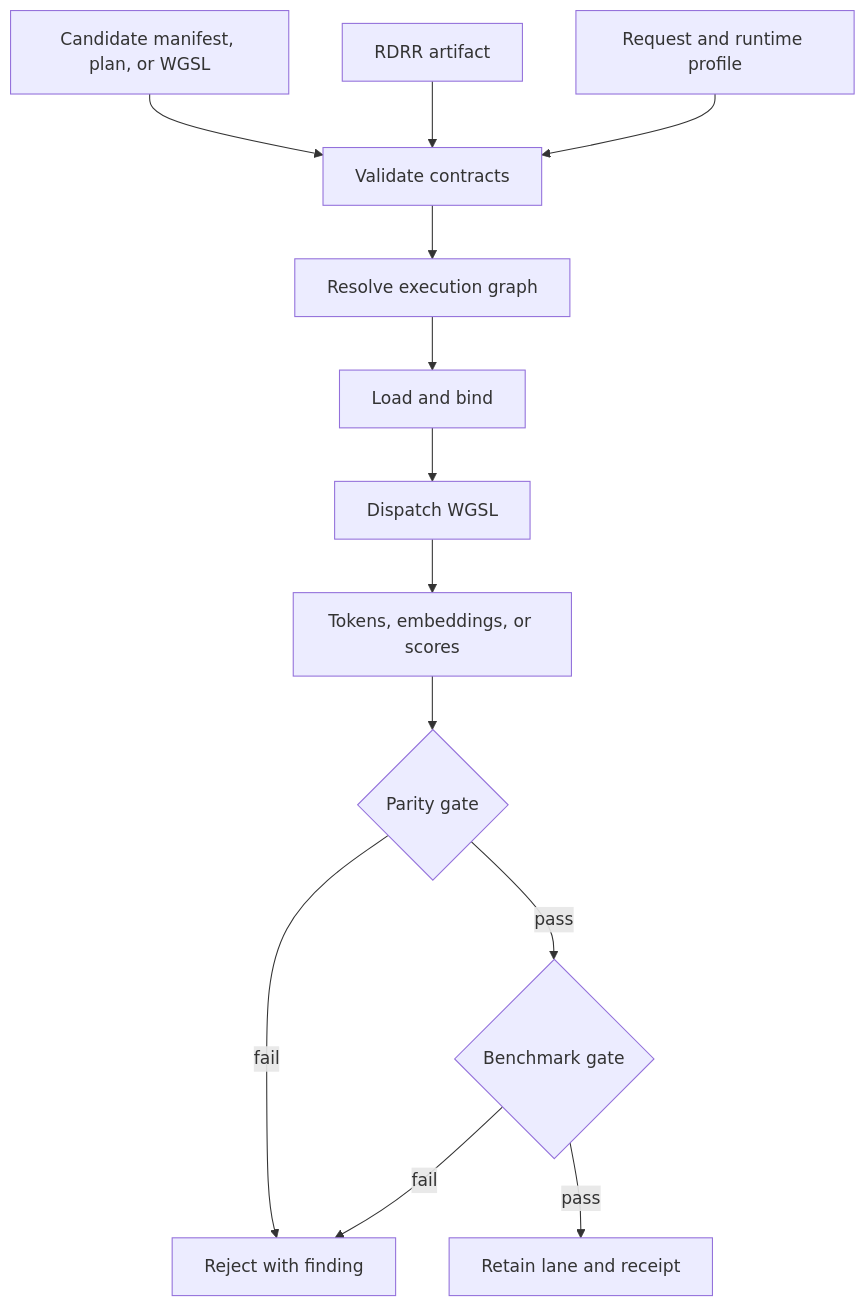
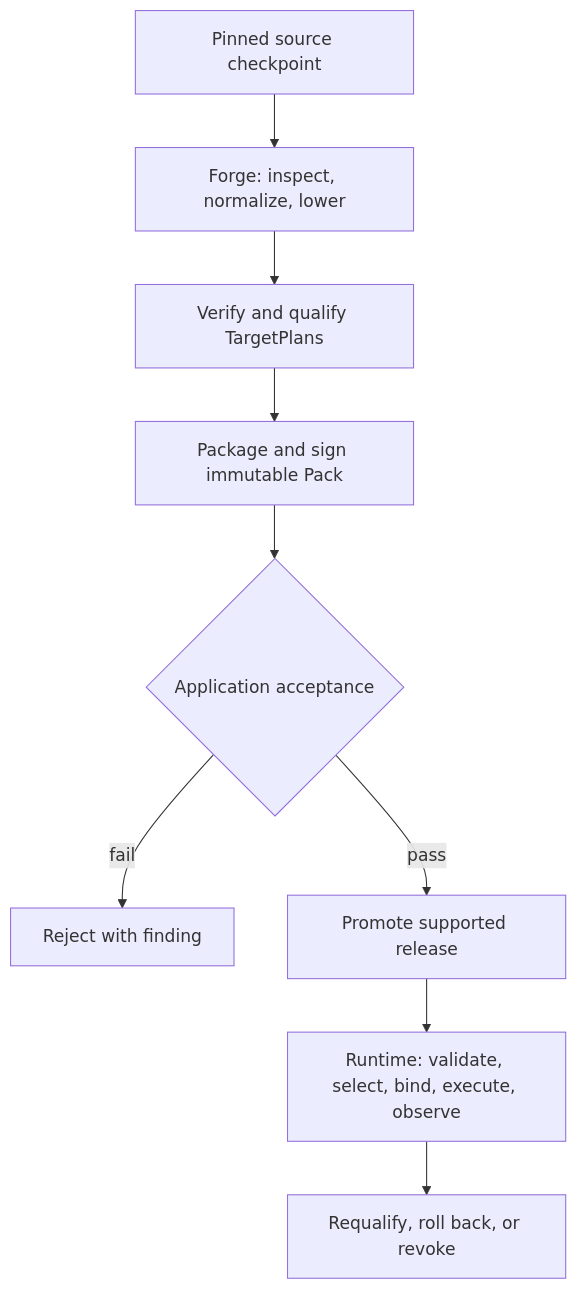
The diagram in README.md (clocksmith/doppler), drawn with Mermaid before and after one commit. The commit also changed other lines of this file and 24 other files, not shown here.

Commit message:
Update doppler AGENTS.md+README.md+docs/architecture.md+docs/style across workspace files and related artifacts while keeping history readable and aligned today.

````diff
--- a/README.md
+++ b/README.md
@@ -149,15 +151,11 @@
 ```mermaid
 flowchart TB
-  C[Candidate manifest, plan, or WGSL] --> V[Validate contracts]
-  A[RDRR artifact] --> V
-  R[Request and runtime profile] --> V
-  V --> X[Resolve execution graph]
-  X --> L[Load and bind]
-  L --> D[Dispatch WGSL]
-  D --> O[Tokens, embeddings, or scores]
-  O --> P{Parity gate}
-  P -- fail --> N[Reject with finding]
-  P -- pass --> B{Benchmark gate}
-  B -- fail --> N
-  B -- pass --> K[Retain lane and receipt]
+  S[Pinned source checkpoint] --> F[Forge: inspect, normalize, lower]
+  F --> V[Verify and qualify TargetPlans]
+  V --> P[Package and sign immutable Pack]
+  P --> A{Application acceptance}
+  A -- fail --> N[Reject with finding]
+  A -- pass --> K[Promote supported release]
+  K --> R[Runtime: validate, select, bind, execute, observe]
+  R --> Q[Requalify, roll back, or revoke]
 ```
````
